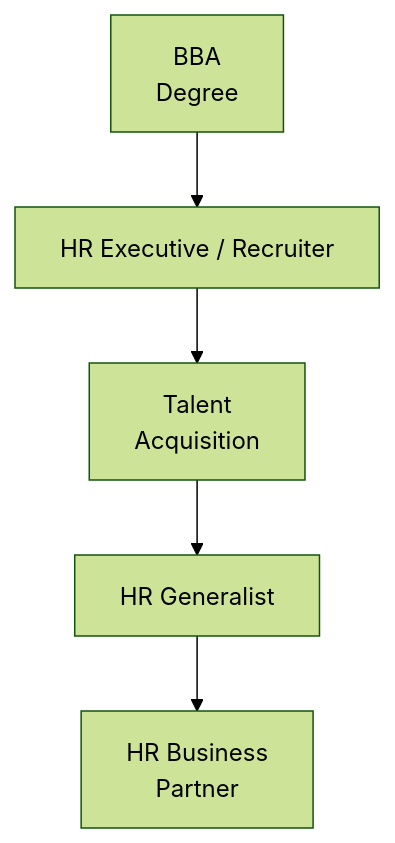
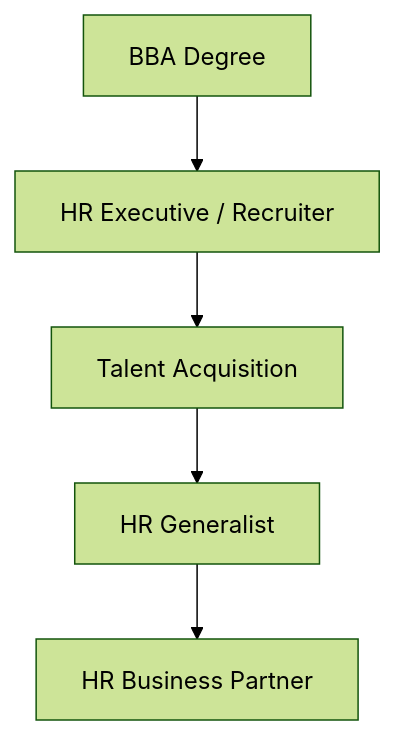
The first of 3 diagrams in curriculum-app/src/content/lessons/ug/bba/sem5/week17.md (the-career-breweries/tcb-soft-skills), drawn with Mermaid (forest theme) before and after one commit. The commit also changed other lines of this file and 4 other files, not shown here.

Commit message:
fix: correctly initialize mermaid on render with htmlLabels false

````diff
--- a/curriculum-app/src/content/lessons/ug/bba/sem5/week17.md
+++ b/curriculum-app/src/content/lessons/ug/bba/sem5/week17.md
@@ -22,7 +22,7 @@
 ```mermaid
 flowchart TD
-    A[BBA<br/>Degree] --> B[HR Executive / Recruiter]
-    B --> C[Talent<br/>Acquisition]
+    A[BBA Degree] --> B[HR Executive / Recruiter]
+    B --> C[Talent Acquisition]
     C --> D[HR Generalist]
-    D --> E[HR Business<br/>Partner]
+    D --> E[HR Business Partner]
 ```
````
